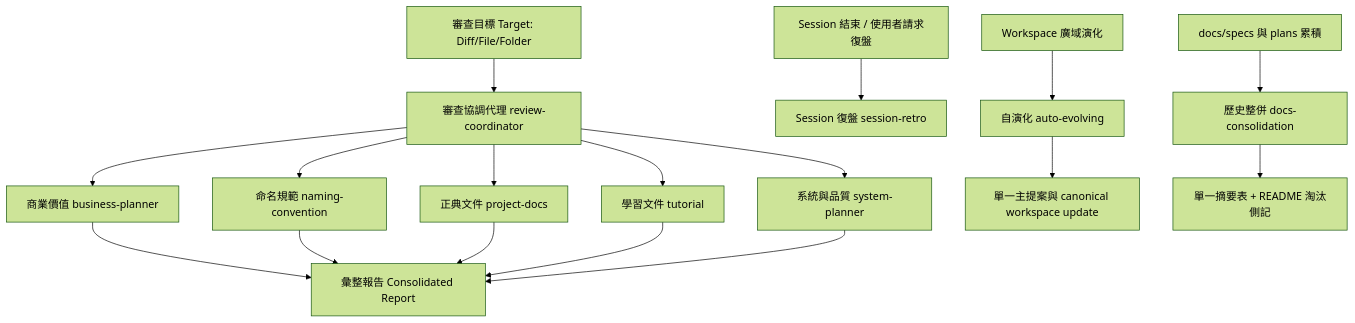
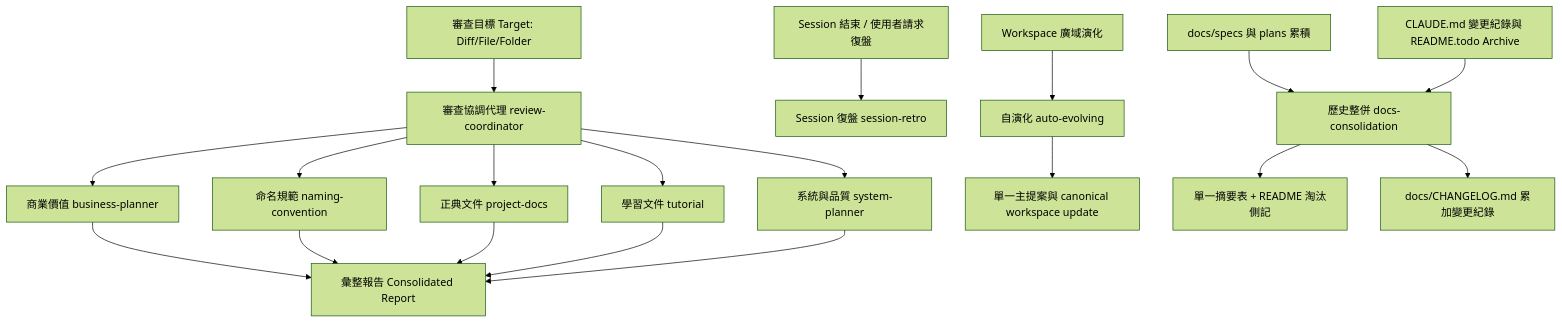
One commit to BizShuk/cc-plugin changed the diagram in plugins/review/README.md. Above: the diagram before and after it, drawn with Mermaid (forest theme). The commit also changed other lines of this file and 4 other files, not shown here.

Commit message:
refactor: improve architecture and state management across summarization engine, chrome extension, and CLI tools.

````diff
--- a/plugins/review/README.md
+++ b/plugins/review/README.md
@@ -15,19 +16,21 @@
 ```mermaid
 graph TD
     Target[審查目標 Target: Diff/File/Folder] --> Coordinator[審查協調代理 review-coordinator]
     Coordinator --> S1[商業價值 business-planner]
     Coordinator --> S2[命名規範 naming-convention]
     Coordinator --> S3[正典文件 project-docs]
     Coordinator --> S4[學習文件 tutorial]
     Coordinator --> S5[系統與品質 system-planner]
     S1 --> Report[彙整報告 Consolidated Report]
     S2 --> Report
     S3 --> Report
     S4 --> Report
     S5 --> Report
     Session[Session 結束 / 使用者請求復盤] --> S6[Session 復盤 session-retro]
     Workspace[Workspace 廣域演化] --> Evolve[自演化 auto-evolving]
     Evolve --> MainFlow[單一主提案與 canonical workspace update]
     Docs[docs/specs 與 plans 累積] --> S7[歷史整併 docs-consolidation]
+    Hist[CLAUDE.md 變更紀錄與 README.todo Archive] --> S7
     S7 --> Summary[單一摘要表 + README 淘汰側記]
+    S7 --> Changelog[docs/CHANGELOG.md 累加變更紀錄]
 ```
````
